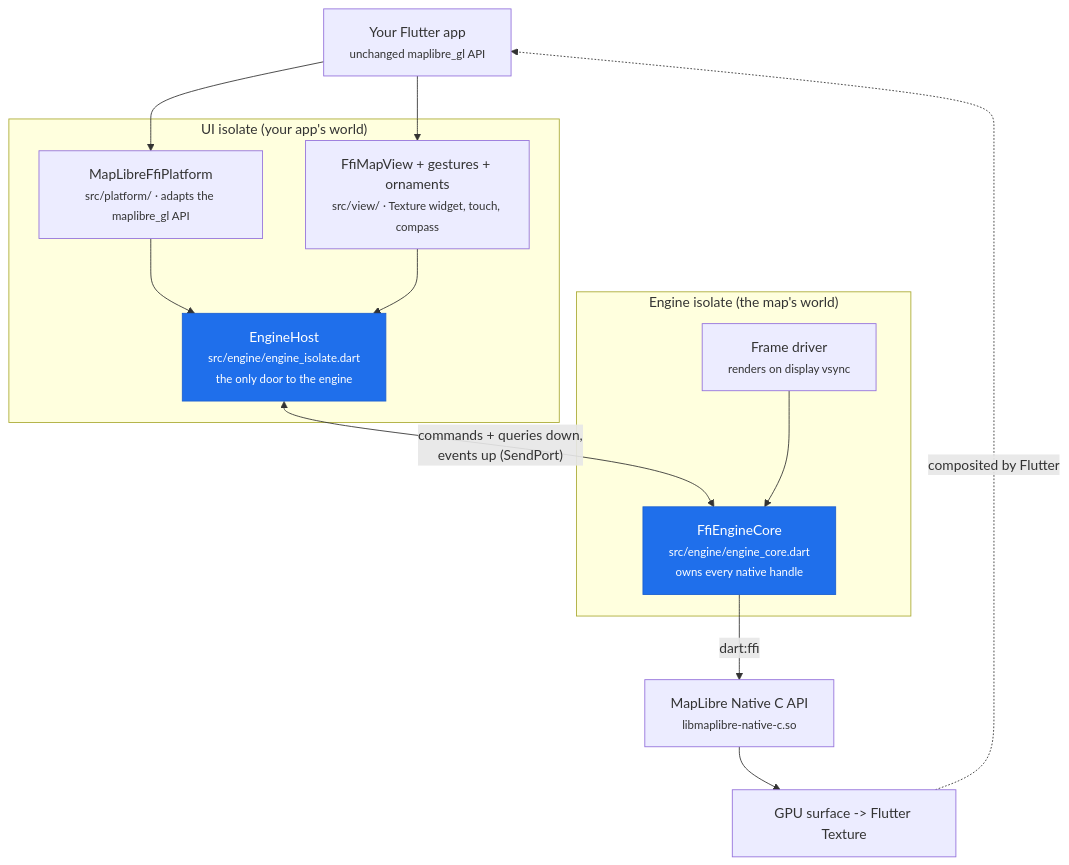
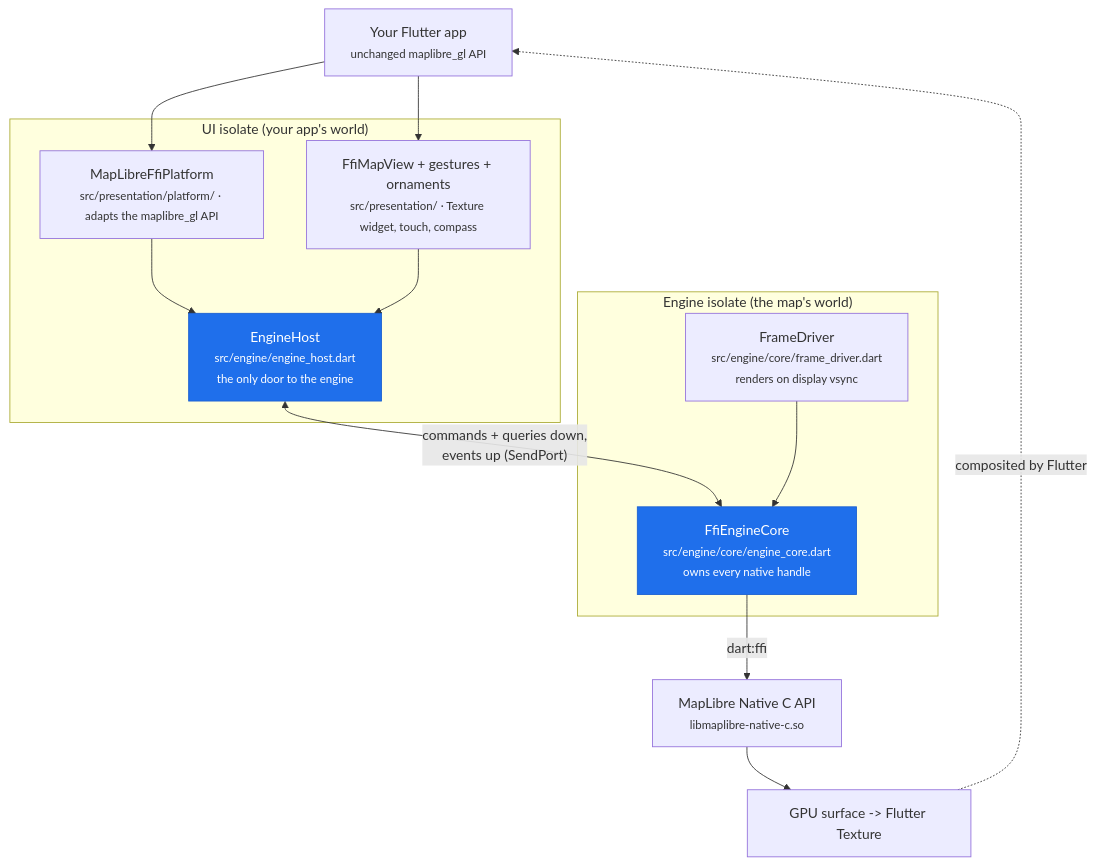
The first of 3 diagrams in maplibre_gl_native/ARCHITECTURE.md (maplibre/flutter-maplibre-gl), drawn with Mermaid before and after one commit. The commit also changed other lines of this file and 42 other files, not shown here.

````diff
--- a/maplibre_gl_native/ARCHITECTURE.md
+++ b/maplibre_gl_native/ARCHITECTURE.md
@@ -11,28 +11,28 @@
 ```mermaid
 flowchart TD
     APP["Your Flutter app<br/><small>unchanged maplibre_gl API</small>"]
     subgraph UI["UI isolate (your app's world)"]
-        PLAT["MapLibreFfiPlatform<br/><small>src/platform/ · adapts the maplibre_gl API</small>"]
-        VIEW["FfiMapView + gestures + ornaments<br/><small>src/view/ · Texture widget, touch, compass</small>"]
-        HOST["EngineHost<br/><small>src/engine/engine_isolate.dart<br/>the only door to the engine</small>"]
+        PLAT["MapLibreFfiPlatform<br/><small>src/presentation/platform/ · adapts the maplibre_gl API</small>"]
+        VIEW["FfiMapView + gestures + ornaments<br/><small>src/presentation/ · Texture widget, touch, compass</small>"]
+        HOST["EngineHost<br/><small>src/engine/engine_host.dart<br/>the only door to the engine</small>"]
     end
     subgraph ENGINE["Engine isolate (the map's world)"]
-        DRIVER["Frame driver<br/><small>renders on display vsync</small>"]
-        CORE["FfiEngineCore<br/><small>src/engine/engine_core.dart<br/>owns every native handle</small>"]
+        DRIVER["FrameDriver<br/><small>src/engine/core/frame_driver.dart<br/>renders on display vsync</small>"]
+        CORE["FfiEngineCore<br/><small>src/engine/core/engine_core.dart<br/>owns every native handle</small>"]
     end
     NATIVE["MapLibre Native C API<br/><small>libmaplibre-native-c.so</small>"]
     GPU["GPU surface -> Flutter Texture"]
 
     APP --> PLAT
     APP --> VIEW
     PLAT --> HOST
     VIEW --> HOST
     HOST <-->|"commands + queries down,<br/>events up (SendPort)"| CORE
     DRIVER --> CORE
     CORE -->|dart:ffi| NATIVE
     NATIVE --> GPU
     GPU -.->|"composited by Flutter"| APP
 
     classDef emphasis fill:#1f6feb,stroke:#1a5fd0,color:#fff;
     class HOST,CORE emphasis
 ```
````
